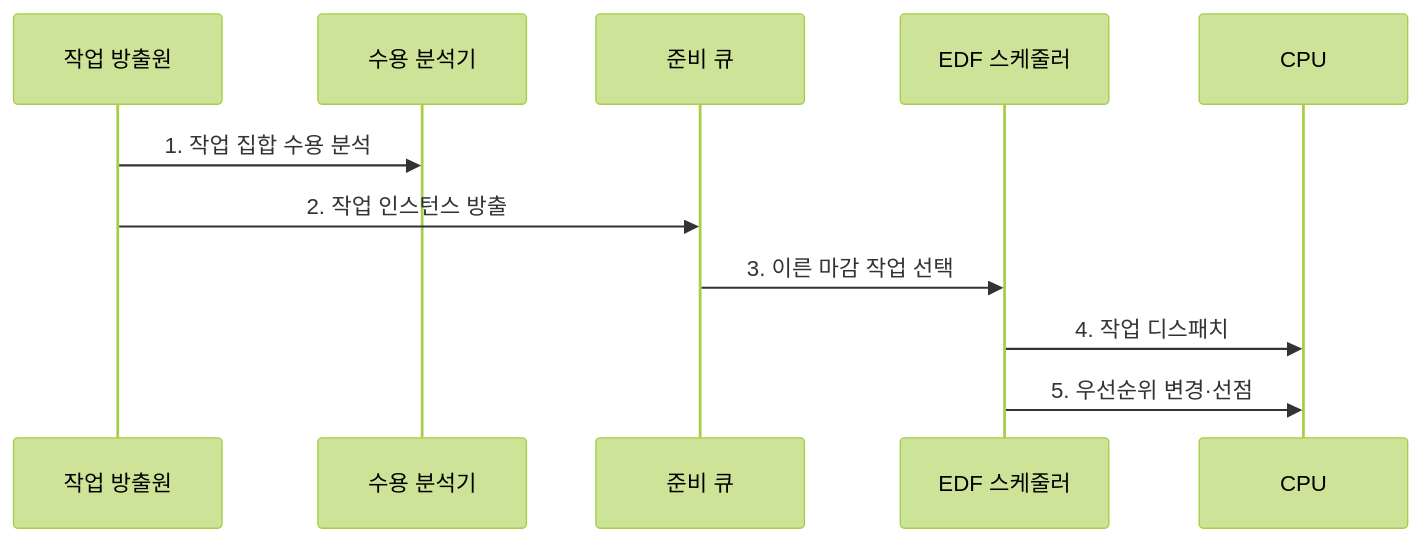
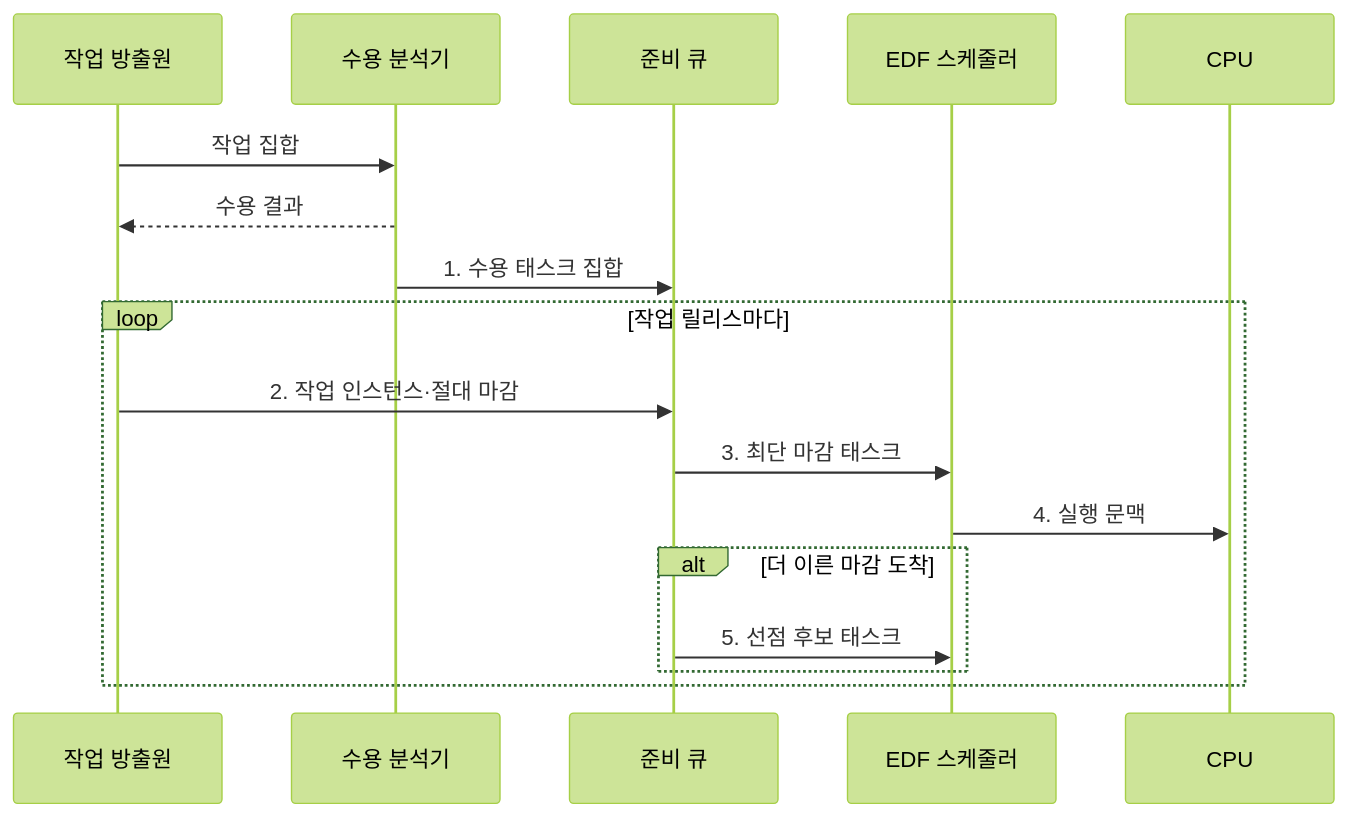
One commit to agnusdei1207/knowledge-base changed the second of 2 diagrams in src/content/docs/notes/03-software/007_realtime_scheduling.md. Above: the diagram before and after it, drawn with Mermaid (forest theme). The commit also changed other lines of this file and 20 other files, not shown here.

````diff
--- a/src/content/docs/notes/03-software/007_realtime_scheduling.md
+++ b/src/content/docs/notes/03-software/007_realtime_scheduling.md
@@ -105,13 +105,19 @@
 ```mermaid
 sequenceDiagram
     participant J as 작업 방출원
     participant A as 수용 분석기
     participant Q as 준비 큐
     participant S as EDF 스케줄러
     participant C as CPU
-    J->>A: 1. 작업 집합 수용 분석
-    J->>Q: 2. 작업 인스턴스 방출
-    Q->>S: 3. 이른 마감 작업 선택
-    S->>C: 4. 작업 디스패치
-    S->>C: 5. 우선순위 변경·선점
+    J->>A: 작업 집합
+    A-->>J: 수용 결과
+    A->>Q: 1. 수용 태스크 집합
+    loop 작업 릴리스마다
+        J->>Q: 2. 작업 인스턴스·절대 마감
+        Q->>S: 3. 최단 마감 태스크
+        S->>C: 4. 실행 문맥
+        alt 더 이른 마감 도착
+            Q->>S: 5. 선점 후보 태스크
+        end
+    end
 ```
````
